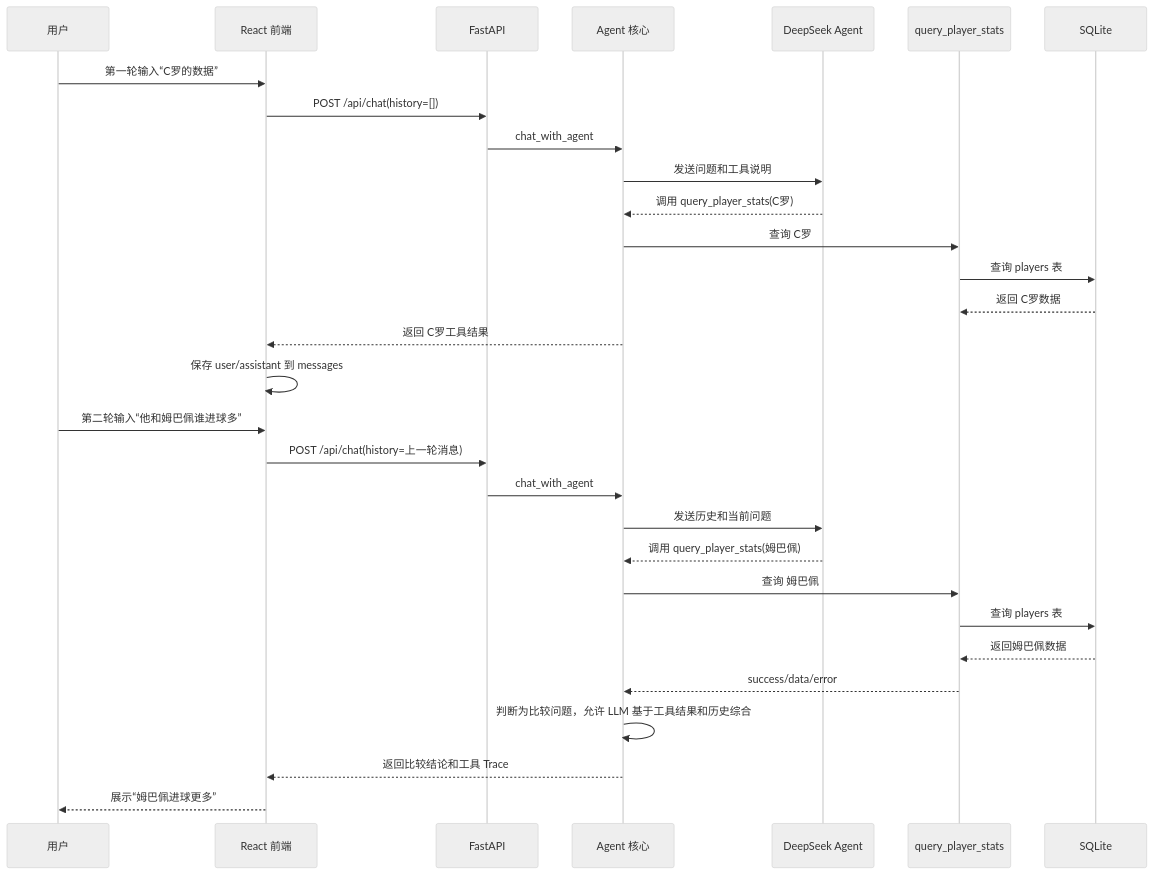
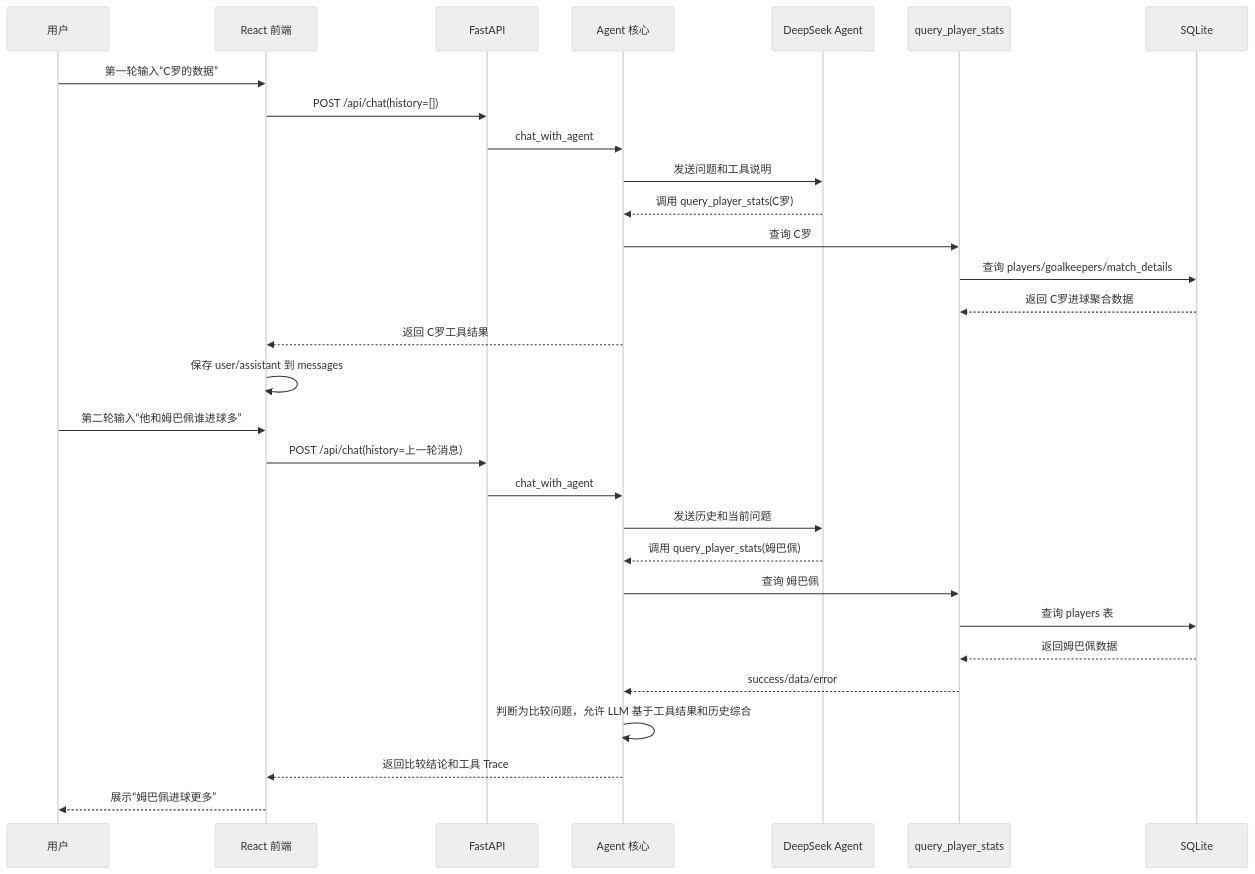
The sixth of 11 diagrams in docs/system-design.md (OllyPai/WorldCupAgent), drawn with Mermaid (neutral theme) before and after one commit. The commit also changed other lines of this file and 1 other file, not shown here.

````diff
--- a/docs/system-design.md
+++ b/docs/system-design.md
@@ -238,34 +258,34 @@
 ```mermaid
 sequenceDiagram
     participant U as 用户
     participant FE as React 前端
     participant API as FastAPI
     participant AG as Agent 核心
     participant LLM as DeepSeek Agent
     participant Tool as query_player_stats
     participant DB as SQLite
 
     U->>FE: 第一轮输入“C罗的数据”
     FE->>API: POST /api/chat(history=[])
     API->>AG: chat_with_agent
     AG->>LLM: 发送问题和工具说明
     LLM-->>AG: 调用 query_player_stats(C罗)
     AG->>Tool: 查询 C罗
-    Tool->>DB: 查询 players 表
-    DB-->>Tool: 返回 C罗数据
+    Tool->>DB: 查询 players/goalkeepers/match_details
+    DB-->>Tool: 返回 C罗进球聚合数据
     AG-->>FE: 返回 C罗工具结果
     FE->>FE: 保存 user/assistant 到 messages
 
     U->>FE: 第二轮输入“他和姆巴佩谁进球多”
     FE->>API: POST /api/chat(history=上一轮消息)
     API->>AG: chat_with_agent
     AG->>LLM: 发送历史和当前问题
     LLM-->>AG: 调用 query_player_stats(姆巴佩)
     AG->>Tool: 查询 姆巴佩
     Tool->>DB: 查询 players 表
     DB-->>Tool: 返回姆巴佩数据
     Tool-->>AG: success/data/error
     AG->>AG: 判断为比较问题，允许 LLM 基于工具结果和历史综合
     AG-->>FE: 返回比较结论和工具 Trace
     FE-->>U: 展示“姆巴佩进球更多”
 ```
````
